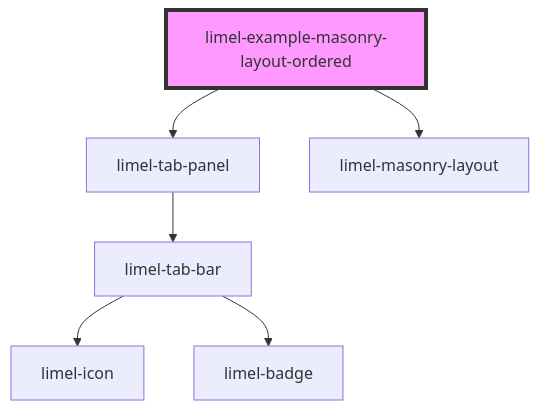
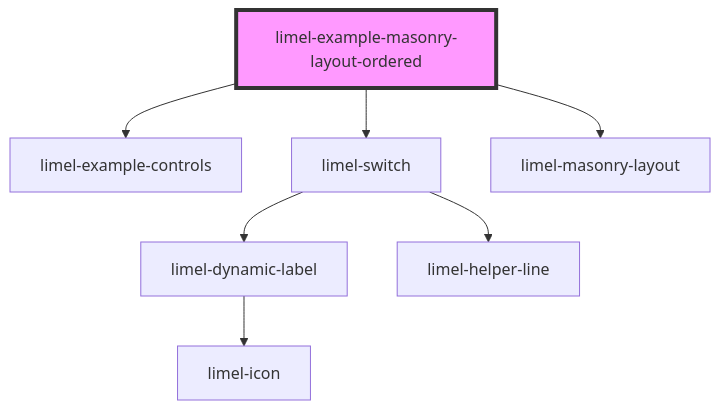
Before and after one commit to Lundalogik/lime-elements: the diagram in versions/PR-3986/markdown-docs/components/masonry-layout/examples/readme.md, drawn with Mermaid. The commit also changed other lines of this file and 15 other files, not shown here.

````diff
--- a/versions/PR-3986/markdown-docs/components/masonry-layout/examples/readme.md
+++ b/versions/PR-3986/markdown-docs/components/masonry-layout/examples/readme.md
@@ -33,9 +34,10 @@
 ```mermaid
 graph TD;
-  limel-example-masonry-layout-ordered --> limel-tab-panel
+  limel-example-masonry-layout-ordered --> limel-example-controls
+  limel-example-masonry-layout-ordered --> limel-switch
   limel-example-masonry-layout-ordered --> limel-masonry-layout
-  limel-tab-panel --> limel-tab-bar
-  limel-tab-bar --> limel-icon
-  limel-tab-bar --> limel-badge
+  limel-switch --> limel-dynamic-label
+  limel-switch --> limel-helper-line
+  limel-dynamic-label --> limel-icon
   style limel-example-masonry-layout-ordered fill:#f9f,stroke:#333,stroke-width:4px
 ```
````
